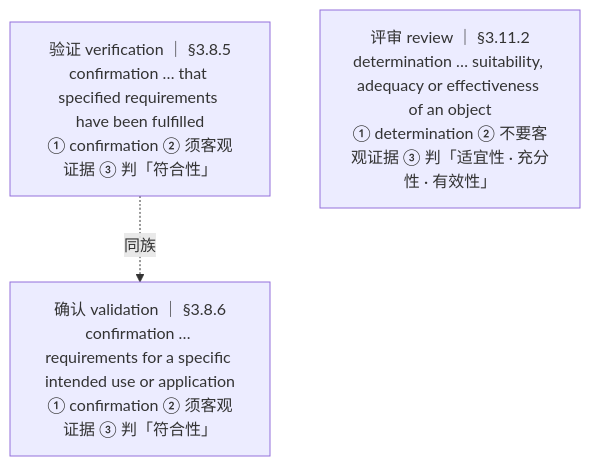
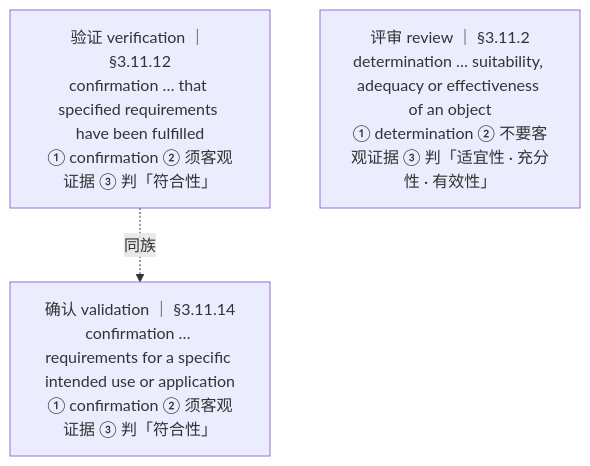
Diagram 13 of 14 in 100-subprojects/01-系统工程研究/00-系统工程相关研究报告/23-判据体系研究报告-从验证确认到治理的判据阶梯.md (Yongjunzhou/AOS-system-design), drawn with Mermaid before and after one commit. The commit also changed other lines of this file and 38 other files, not shown here.

````diff
--- a/100-subprojects/01-系统工程研究/00-系统工程相关研究报告/23-判据体系研究报告-从验证确认到治理的判据阶梯.md
+++ b/100-subprojects/01-系统工程研究/00-系统工程相关研究报告/23-判据体系研究报告-从验证确认到治理的判据阶梯.md
@@ -837,7 +887,7 @@
 ```mermaid
 flowchart TD
-    C1["验证 verification ｜ §3.8.5<br/>confirmation … that specified requirements have been fulfilled<br/>① confirmation ② 须客观证据 ③ 判「符合性」"]
-    C2["确认 validation ｜ §3.8.6<br/>confirmation … requirements for a specific intended use or application<br/>① confirmation ② 须客观证据 ③ 判「符合性」"]
+    C1["验证 verification ｜ §3.11.12<br/>confirmation … that specified requirements have been fulfilled<br/>① confirmation ② 须客观证据 ③ 判「符合性」"]
+    C2["确认 validation ｜ §3.11.14<br/>confirmation … requirements for a specific intended use or application<br/>① confirmation ② 须客观证据 ③ 判「符合性」"]
     C3["评审 review ｜ §3.11.2<br/>determination … suitability, adequacy or effectiveness of an object<br/>① determination ② 不要客观证据 ③ 判「适宜性 · 充分性 · 有效性」"]
     C1 -.->|"同族"| C2
 ```
````
